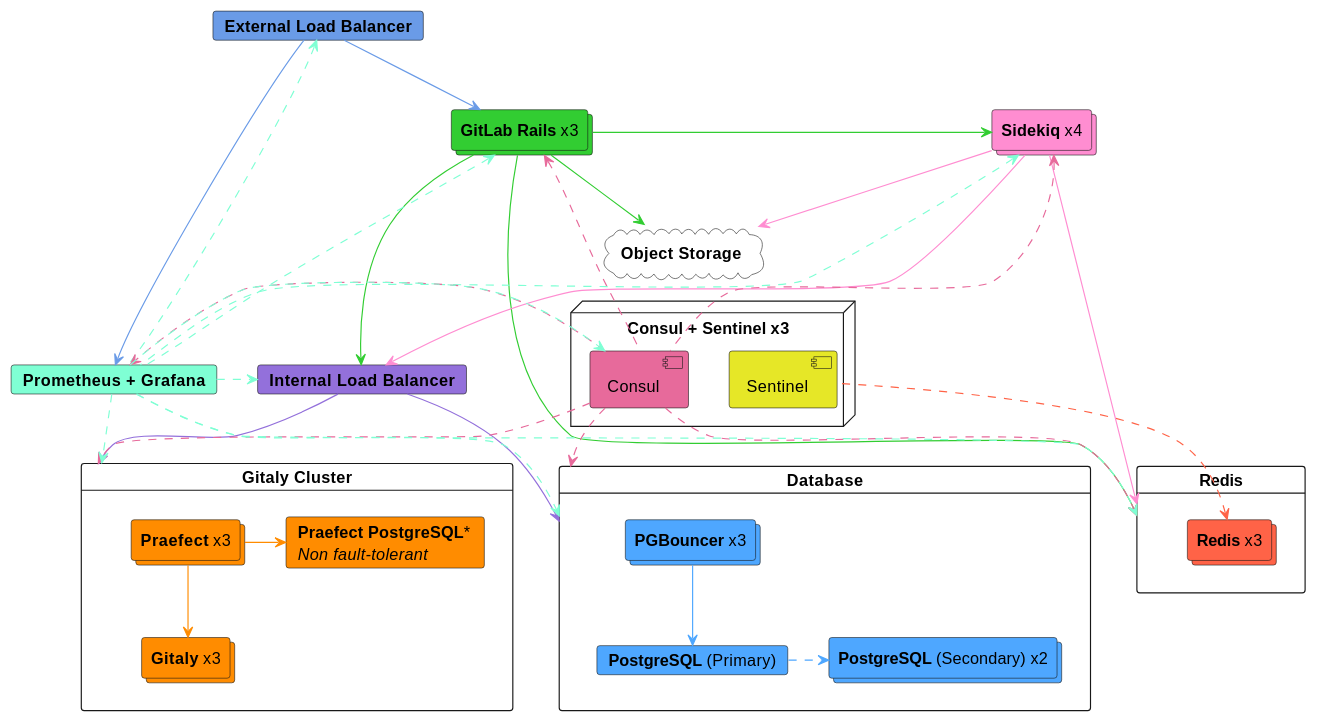
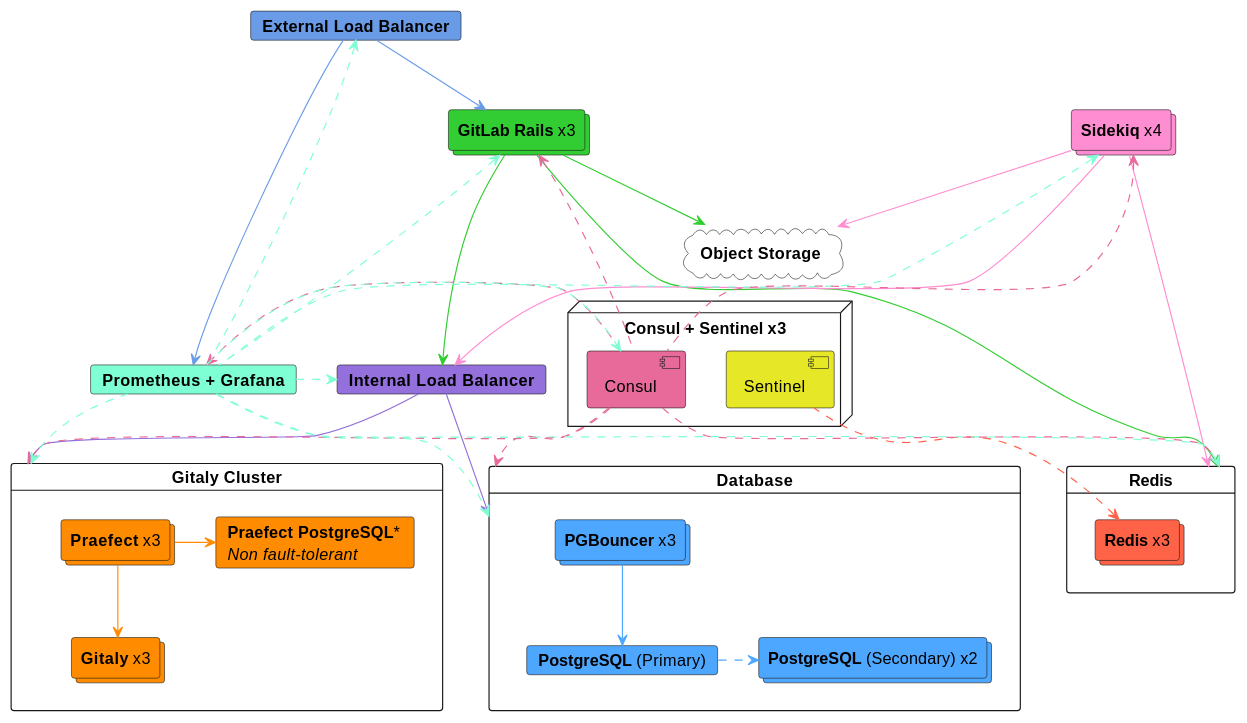
One commit to mehulagg/gitlab changed the first of 2 diagrams in doc/administration/reference_architectures/3k_users.md. Above: the diagram before and after it, drawn with PlantUML. The commit also changed other lines of this file, not shown here.

Commit message:
Remove link between Rails and Sidekiq in diagrams

````diff
--- a/doc/administration/reference_architectures/3k_users.md
+++ b/doc/administration/reference_architectures/3k_users.md
@@ -56,80 +56,79 @@
 ```plantuml
 @startuml 3k
 card "**External Load Balancer**" as elb #6a9be7
 card "**Internal Load Balancer**" as ilb #9370DB
 
 together {
   collections "**GitLab Rails** x3" as gitlab #32CD32
   collections "**Sidekiq** x4" as sidekiq #ff8dd1
 }
 
 card "**Prometheus + Grafana**" as monitor #7FFFD4
 
 card "Gitaly Cluster" as gitaly_cluster {
   collections "**Praefect** x3" as praefect #FF8C00
   collections "**Gitaly** x3" as gitaly #FF8C00
   card "**Praefect PostgreSQL***\n//Non fault-tolerant//" as praefect_postgres #FF8C00
 
   praefect -[#FF8C00]-> gitaly
   praefect -[#FF8C00]> praefect_postgres
 }
 
 card "Database" as database {
   collections "**PGBouncer** x3" as pgbouncer #4EA7FF
   card "**PostgreSQL** (Primary)" as postgres_primary #4EA7FF
   collections "**PostgreSQL** (Secondary) x2" as postgres_secondary #4EA7FF
 
   pgbouncer -[#4EA7FF]-> postgres_primary
   postgres_primary .[#4EA7FF]> postgres_secondary
 }
 
 node "**Consul + Sentinel** x3" as consul_sentinel {
  component Consul as consul #e76a9b
  component Sentinel as sentinel #e6e727
 }
 
 card "Redis" as redis {
   collections "**Redis** x3" as redis_nodes #FF6347
 
   redis_nodes <.[#FF6347]- sentinel
 }
 
 cloud "**Object Storage**" as object_storage #white
 
 elb -[#6a9be7]-> gitlab
 elb -[#6a9be7]--> monitor
 
-gitlab -[#32CD32]> sidekiq
 gitlab -[#32CD32]--> ilb
 gitlab -[#32CD32]-> object_storage
 gitlab -[#32CD32]---> redis
 gitlab -[hidden]-> monitor
 gitlab -[hidden]-> consul
 
 sidekiq -[#ff8dd1]--> ilb
 sidekiq -[#ff8dd1]-> object_storage
 sidekiq -[#ff8dd1]---> redis
 sidekiq -[hidden]-> monitor
 sidekiq -[hidden]-> consul
 
 ilb -[#9370DB]-> gitaly_cluster
 ilb -[#9370DB]-> database
 
 consul .[#e76a9b]u-> gitlab
 consul .[#e76a9b]u-> sidekiq
 consul .[#e76a9b]> monitor
 consul .[#e76a9b]-> database
 consul .[#e76a9b]-> gitaly_cluster
 consul .[#e76a9b,norank]--> redis
 
 monitor .[#7FFFD4]u-> gitlab
 monitor .[#7FFFD4]u-> sidekiq
 monitor .[#7FFFD4]> consul
 monitor .[#7FFFD4]-> database
 monitor .[#7FFFD4]-> gitaly_cluster
 monitor .[#7FFFD4,norank]--> redis
 monitor .[#7FFFD4]> ilb
 monitor .[#7FFFD4,norank]u--> elb
 
 @enduml
 ```
````
